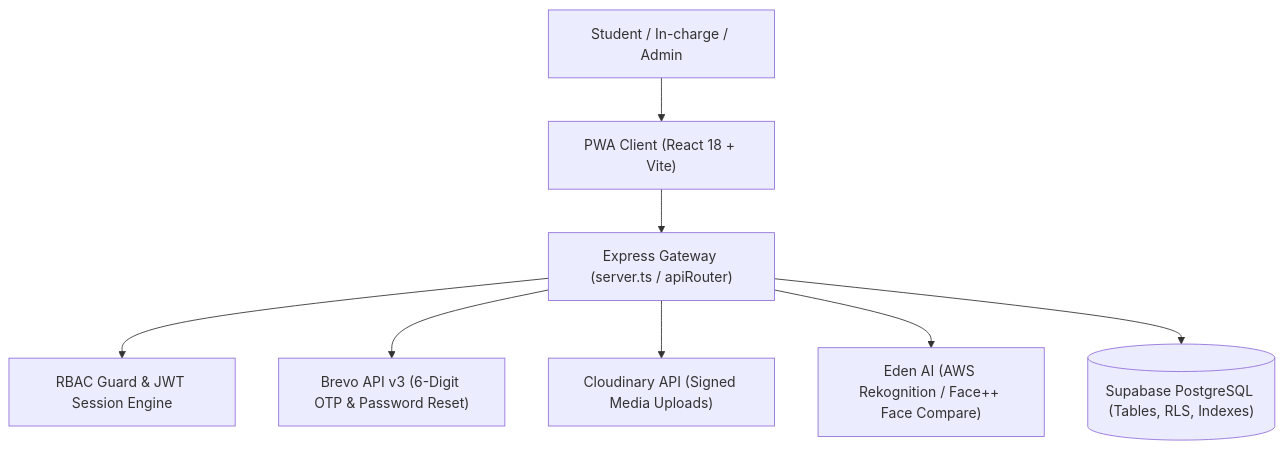
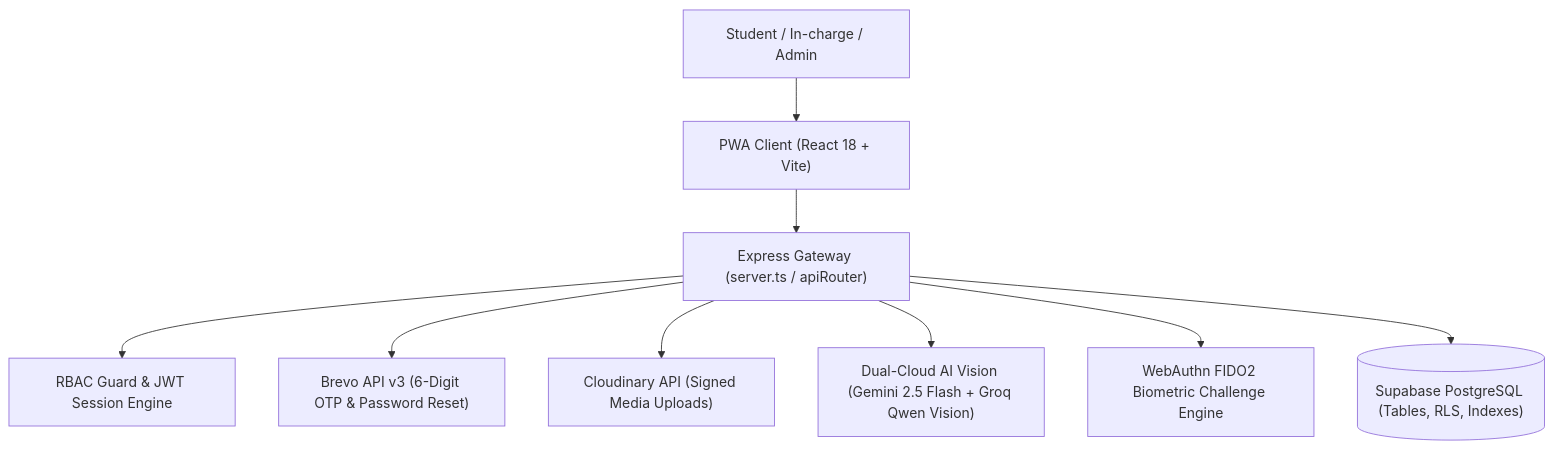
One commit to Tharun4743/Bus-attendance changed the first of 2 diagrams in README.md. Above: the diagram before and after it, drawn with Mermaid. The commit also changed other lines of this file, not shown here.

Commit message:
docs: Update README with Dual-Cloud AI Vision, WebAuthn biometrics, and 128-D vector architecture

````diff
--- a/README.md
+++ b/README.md
@@ -76,10 +91,11 @@
 ```mermaid
 graph TD
     User["Student / In-charge / Admin"] --> PWA["PWA Client (React 18 + Vite)"]
     PWA --> API["Express Gateway (server.ts / apiRouter)"]
     API --> Auth["RBAC Guard & JWT Session Engine"]
     API --> Brevo["Brevo API v3 (6-Digit OTP & Password Reset)"]
     API --> Cloudinary["Cloudinary API (Signed Media Uploads)"]
-    API --> EdenAI["Eden AI (AWS Rekognition / Face++ Face Compare)"]
+    API --> DualAI["Dual-Cloud AI Vision (Gemini 2.5 Flash + Groq Qwen Vision)"]
+    API --> WebAuthn["WebAuthn FIDO2 Biometric Challenge Engine"]
     API --> DB[("Supabase PostgreSQL (Tables, RLS, Indexes)")]
 ```
````
